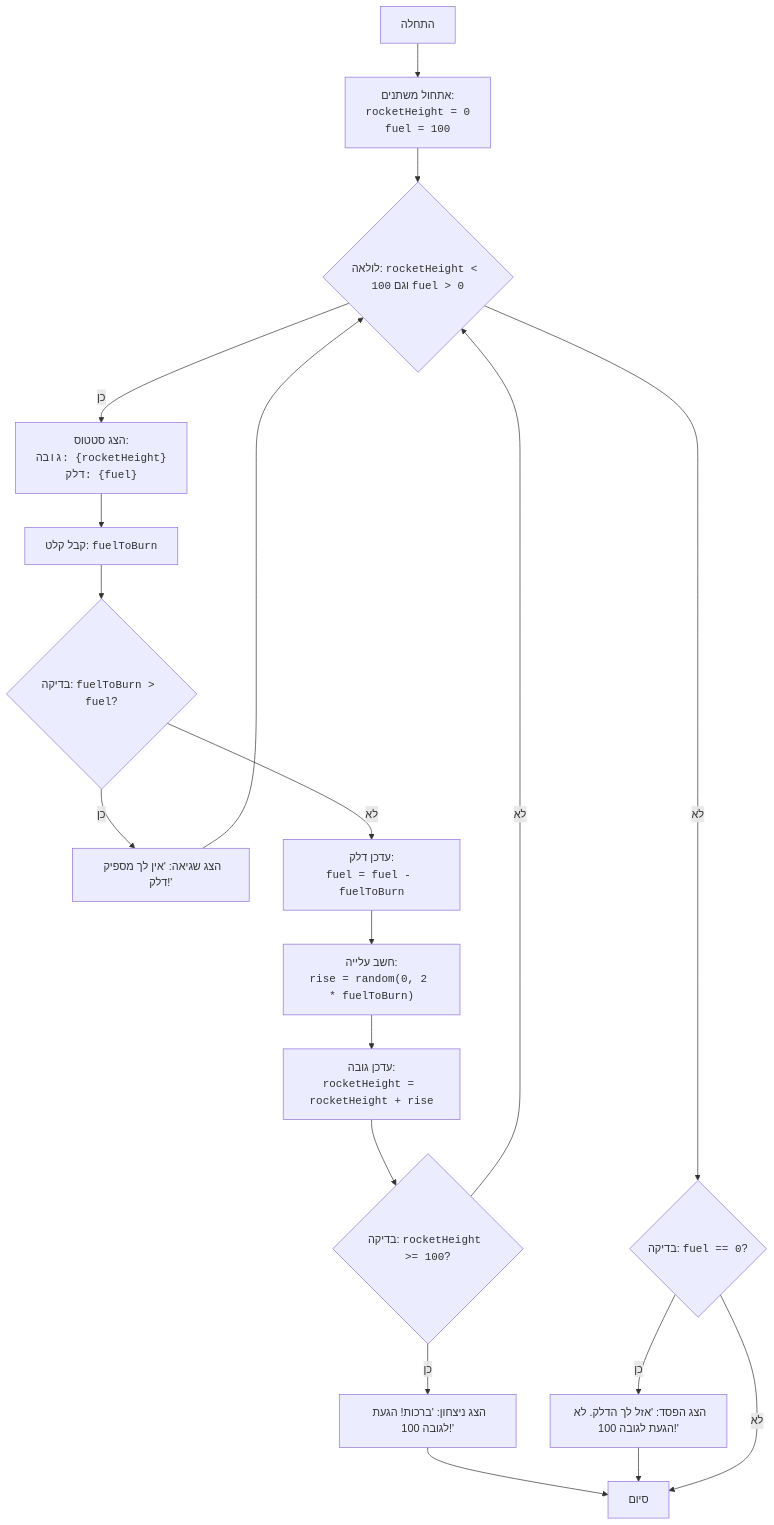
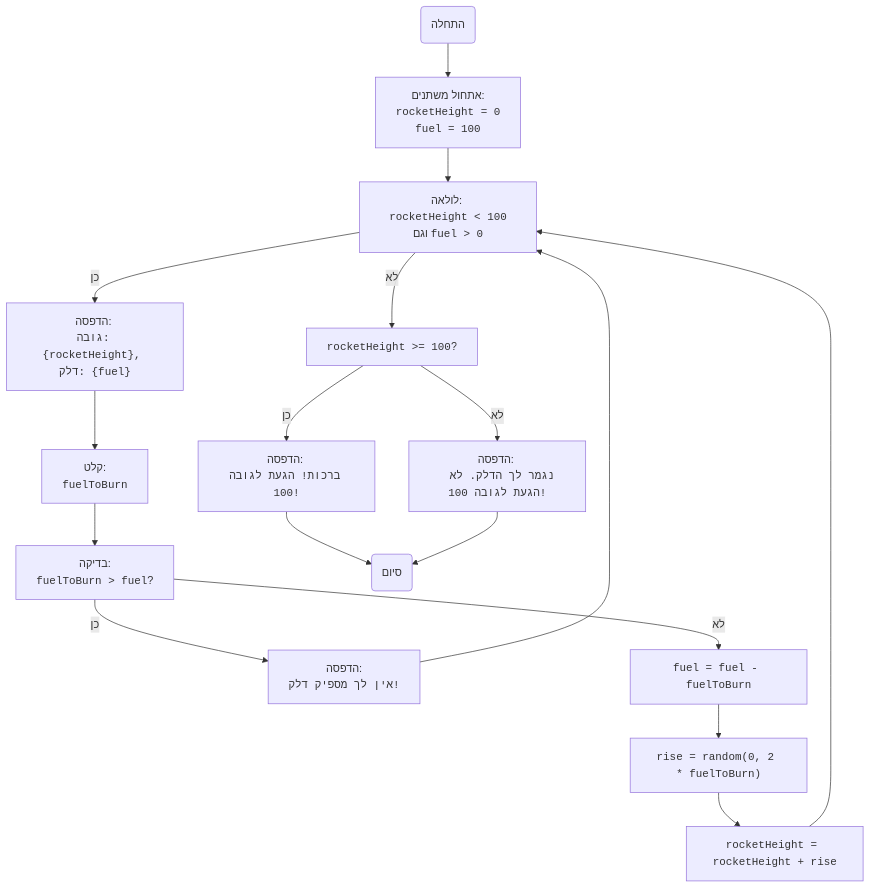
Before and after one commit to hypo69/hypo: the diagram in docs/gemini/he/explainer/src/endpoints/ai_games/101_basic_computer_games/ru/GAMES/NIKOMA/nikoma.py.md, drawn with Mermaid. The commit also changed other lines of this file and 885 other files, not shown here.

````diff
--- a/docs/gemini/he/explainer/src/endpoints/ai_games/101_basic_computer_games/ru/GAMES/NIKOMA/nikoma.py.md
+++ b/docs/gemini/he/explainer/src/endpoints/ai_games/101_basic_computer_games/ru/GAMES/NIKOMA/nikoma.py.md
@@ -46,21 +69,19 @@
 ```mermaid
 flowchart TD
-    Start["התחלה"] --> InitializeVariables["אתחול משתנים:<br><code>rocketHeight = 0</code><br><code>fuel = 100</code>"]
-    InitializeVariables --> LoopStart{"לולאה: <code>rocketHeight < 100</code> וגם <code>fuel > 0</code>"}
-    LoopStart -- "כן" --> DisplayStatus["הצג סטטוס:<br><code>גובה: {rocketHeight}</code><br><code>דלק: {fuel}</code>"]
-    DisplayStatus --> InputFuel["קבל קלט: <code>fuelToBurn</code>"]
-    InputFuel --> CheckFuel{"בדיקה: <code>fuelToBurn > fuel</code>?"}
-    CheckFuel -- "כן" --> DisplayError["הצג שגיאה: 'אין לך מספיק דלק!'"]
-    DisplayError --> LoopStart
-    CheckFuel -- "לא" --> UpdateFuel["עדכן דלק:<br><code>fuel = fuel - fuelToBurn</code>"]
-    UpdateFuel --> CalculateRise["חשב עלייה:<br><code>rise = random(0, 2 * fuelToBurn)</code>"]
-    CalculateRise --> UpdateHeight["עדכן גובה:<br><code>rocketHeight = rocketHeight + rise</code>"]
-    UpdateHeight --> CheckWin{"בדיקה: <code>rocketHeight >= 100</code>?"}
-    CheckWin -- "כן" --> DisplayWin["הצג ניצחון: 'ברכות! הגעת לגובה 100!'"]
-     DisplayWin --> End["סיום"]
-   CheckWin -- "לא" --> LoopStart
-   LoopStart -- "לא" --> CheckFuelEmpty{"בדיקה: <code>fuel == 0</code>?"}
-   CheckFuelEmpty -- "כן" --> DisplayLose["הצג הפסד: 'אזל לך הדלק. לא הגעת לגובה 100!'"]
-    DisplayLose --> End
-      CheckFuelEmpty -- "לא" --> End
+    Start("התחלה") --> InitializeVariables["אתחול משתנים: <br> <code>rocketHeight = 0</code> <br> <code>fuel = 100</code>"]
+    InitializeVariables --> LoopStart["לולאה: <br> <code>rocketHeight < 100</code> וגם <code>fuel > 0</code>"]
+    LoopStart -- כן --> PrintStatus["הדפסה: <br> <code>גובה: {rocketHeight}, דלק: {fuel}</code>"]
+    PrintStatus --> GetFuelToBurn["קלט: <br> <code>fuelToBurn</code>"]
+    GetFuelToBurn --> ValidateFuel["בדיקה: <br> <code>fuelToBurn > fuel</code>?"]
+    ValidateFuel -- כן --> PrintError["הדפסה: <br> <code>אין לך מספיק דלק!</code>"]
+    PrintError --> LoopStart
+    ValidateFuel -- לא --> ReduceFuel["<code>fuel = fuel - fuelToBurn</code>"]
+    ReduceFuel --> CalculateRise["<code>rise = random(0, 2 * fuelToBurn)</code>"]
+    CalculateRise --> UpdateHeight["<code>rocketHeight = rocketHeight + rise</code>"]
+    UpdateHeight --> LoopStart
+    LoopStart -- לא --> CheckWin["<code>rocketHeight >= 100</code>?"]
+     CheckWin -- כן --> PrintWin["הדפסה: <br> <code>ברכות! הגעת לגובה 100!</code>"]
+      PrintWin--> End("סיום")
+    CheckWin -- לא --> PrintLose["הדפסה: <br> <code>נגמר לך הדלק. לא הגעת לגובה 100!</code>"]
+     PrintLose --> End
 ```
````
